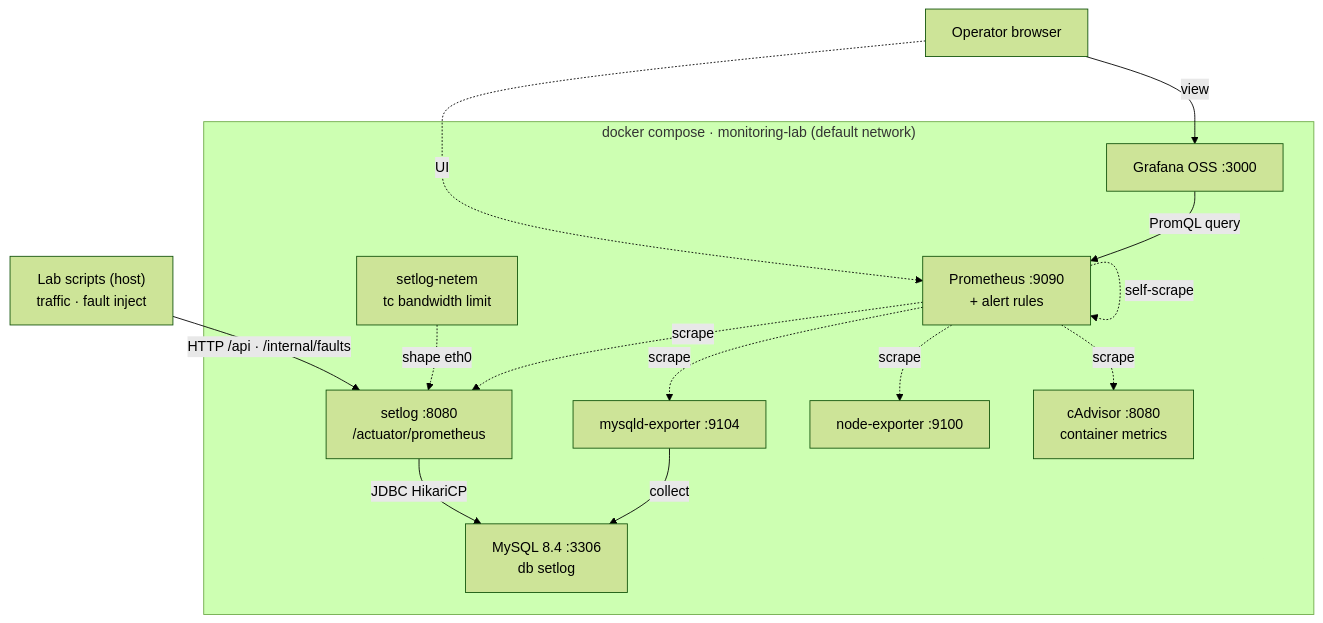
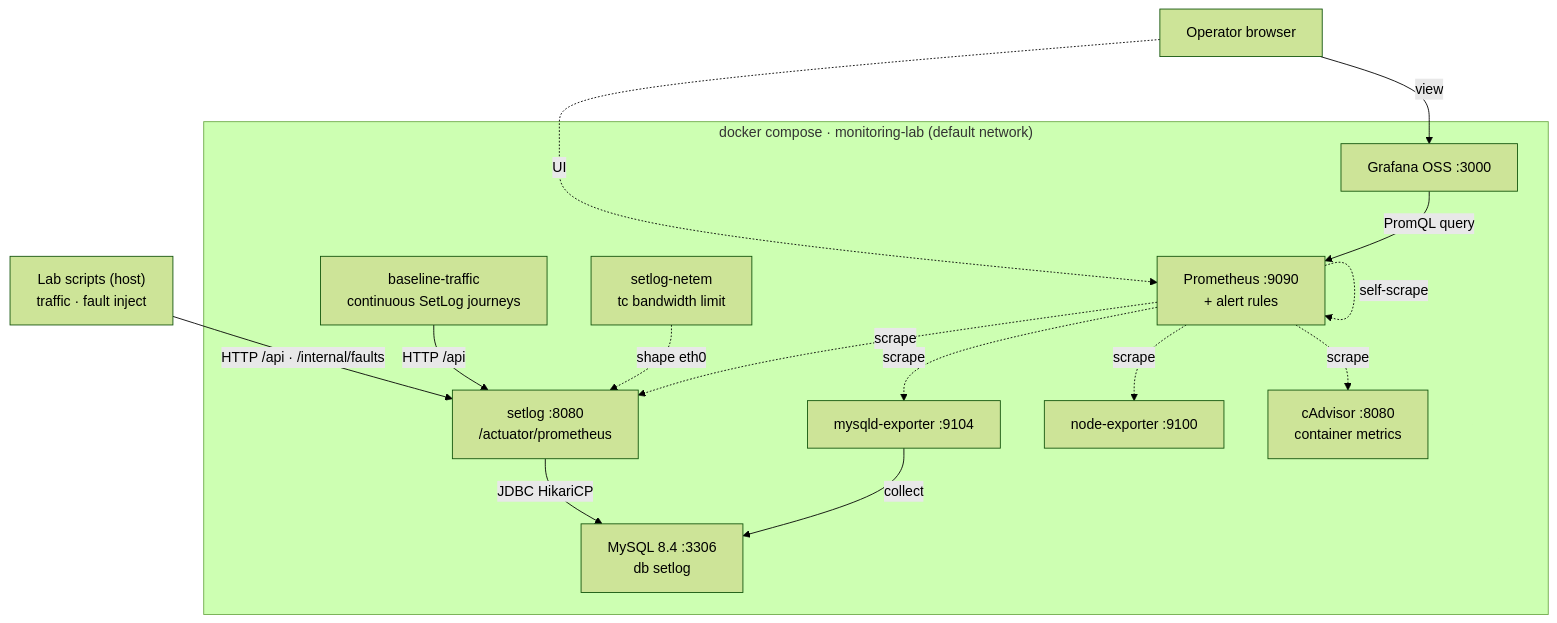
One commit to zettalyst/monitoring-lab changed the diagram in docs/architecture.md. Above: the diagram before and after it, drawn with Mermaid (forest theme). The commit also changed other lines of this file and 10 other files, not shown here.

Commit message:
docs: align SetLog incident guidance

````diff
--- a/docs/architecture.md
+++ b/docs/architecture.md
@@ -6,29 +7,31 @@
 ```mermaid
 flowchart TD
     scripts["Lab scripts (host)<br/>traffic · fault inject"]
     browser["Operator browser"]
 
     subgraph compose["docker compose · monitoring-lab (default network)"]
         setlog["setlog :8080<br/>/actuator/prometheus"]
+        baseline["baseline-traffic<br/>continuous SetLog journeys"]
         mysql["MySQL 8.4 :3306<br/>db setlog"]
         netem["setlog-netem<br/>tc bandwidth limit"]
         mysqldx["mysqld-exporter :9104"]
         nodex["node-exporter :9100"]
         cadvisor["cAdvisor :8080<br/>container metrics"]
         prom["Prometheus :9090<br/>+ alert rules"]
         graf["Grafana OSS :3000"]
     end
 
     scripts -->|HTTP /api · /internal/faults| setlog
+    baseline -->|HTTP /api| setlog
     browser -->|view| graf
     browser -.->|UI| prom
     setlog -->|JDBC HikariCP| mysql
     netem -. shape eth0 .-> setlog
     mysqldx -->|collect| mysql
     prom -. scrape .-> setlog
     prom -. scrape .-> cadvisor
     prom -. scrape .-> nodex
     prom -. scrape .-> mysqldx
     prom -. self-scrape .-> prom
     graf -->|PromQL query| prom
 ```
````
